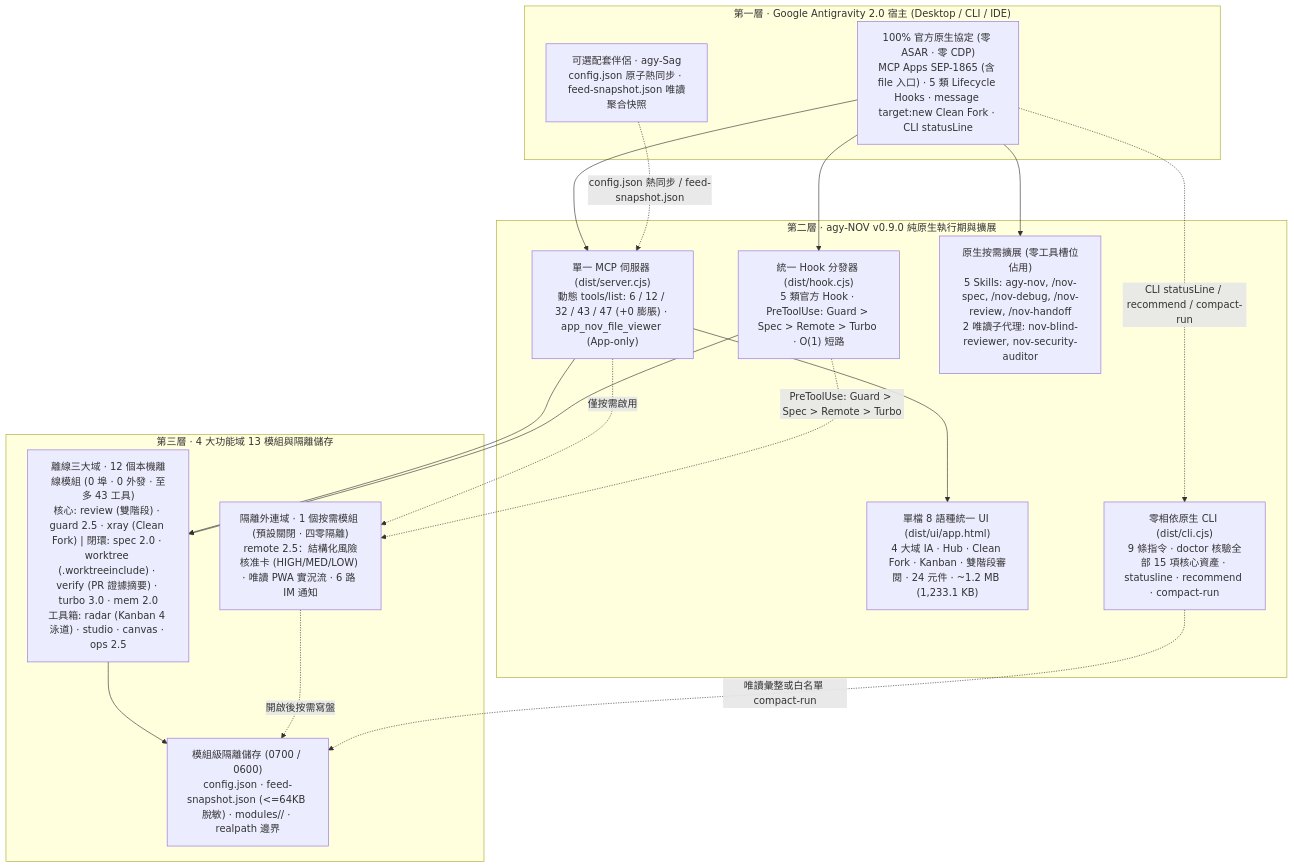
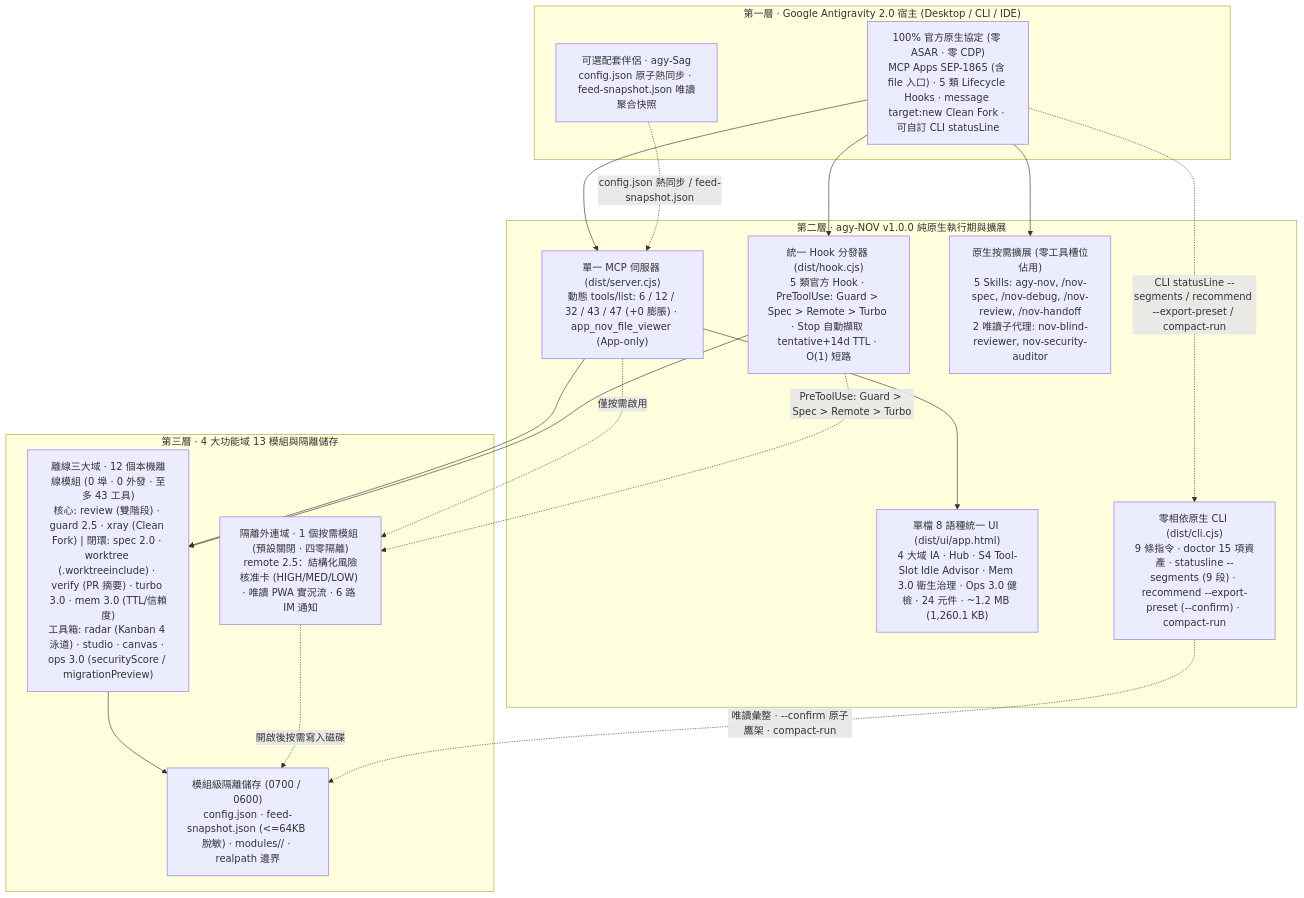
The diagram in docs/i18n/README.zh-TW.md (tone-leh/agy-NOV), drawn with Mermaid before and after one commit. The commit also changed other lines of this file and 42 other files, not shown here.

Commit message:
release: v1.0.0 — Ops 3.0 static security audit & cross-client dedup preview, Mem 3.0 confidence/TTL hygiene, customizable 9-segment CLI statusLine & --export-preset scaffold

````diff
--- a/docs/i18n/README.zh-TW.md
+++ b/docs/i18n/README.zh-TW.md
@@ -231,35 +235,35 @@
 ```mermaid
 flowchart TB
   subgraph L1["第一層 · Google Antigravity 2.0 宿主 (Desktop / CLI / IDE)"]
-    Host["100% 官方原生協定 (零 ASAR · 零 CDP)\nMCP Apps SEP-1865 (含 file 入口) · 5 類 Lifecycle Hooks · message target:new Clean Fork · CLI statusLine"]
+    Host["100% 官方原生協定 (零 ASAR · 零 CDP)\nMCP Apps SEP-1865 (含 file 入口) · 5 類 Lifecycle Hooks · message target:new Clean Fork · 可自訂 CLI statusLine"]
     Sag["可選配套伴侶 · agy-Sag\nconfig.json 原子熱同步 · feed-snapshot.json 唯讀聚合快照"]
   end
 
-  subgraph L2["第二層 · agy-NOV v0.9.0 純原生執行期與擴展"]
+  subgraph L2["第二層 · agy-NOV v1.0.0 純原生執行期與擴展"]
     MCP["單一 MCP 伺服器 (dist/server.cjs)\n動態 tools/list: 6 / 12 / 32 / 43 / 47 (+0 膨脹) · app_nov_file_viewer (App-only)"]
-    Hook["統一 Hook 分發器 (dist/hook.cjs)\n5 類官方 Hook · PreToolUse: Guard > Spec > Remote > Turbo · O(1) 短路"]
-    UI["單檔 8 語種統一 UI (dist/ui/app.html)\n4 大域 IA · Hub · Clean Fork · Kanban · 雙階段審閱 · 24 元件 · ~1.2 MB (1,233.1 KB)"]
+    Hook["統一 Hook 分發器 (dist/hook.cjs)\n5 類官方 Hook · PreToolUse: Guard > Spec > Remote > Turbo · Stop 自動擷取 tentative+14d TTL · O(1) 短路"]
+    UI["單檔 8 語種統一 UI (dist/ui/app.html)\n4 大域 IA · Hub · S4 Tool-Slot Idle Advisor · Mem 3.0 衛生治理 · Ops 3.0 健檢 · 24 元件 · ~1.2 MB (1,260.1 KB)"]
     Ext["原生按需擴展 (零工具槽位佔用)\n5 Skills: agy-nov, /nov-spec, /nov-debug, /nov-review, /nov-handoff\n2 唯讀子代理: nov-blind-reviewer, nov-security-auditor"]
-    CLI["零相依原生 CLI (dist/cli.cjs)\n9 條指令 · doctor 核驗全部 15 項核心資產 · statusline · recommend · compact-run"]
+    CLI["零相依原生 CLI (dist/cli.cjs)\n9 條指令 · doctor 15 項資產 · statusline --segments (9 段) · recommend --export-preset (--confirm) · compact-run"]
   end
 
   subgraph L3["第三層 · 4 大功能域 13 模組與隔離儲存"]
-    T1["離線三大域 · 12 個本機離線模組 (0 埠 · 0 外發 · 至多 43 工具)\n核心: review (雙階段) · guard 2.5 · xray (Clean Fork) | 閉環: spec 2.0 · worktree (.worktreeinclude) · verify (PR 證據摘要) · turbo 3.0 · mem 2.0\n工具箱: radar (Kanban 4 泳道) · studio · canvas · ops 2.5"]
+    T1["離線三大域 · 12 個本機離線模組 (0 埠 · 0 外發 · 至多 43 工具)\n核心: review (雙階段) · guard 2.5 · xray (Clean Fork) | 閉環: spec 2.0 · worktree (.worktreeinclude) · verify (PR 摘要) · turbo 3.0 · mem 3.0 (TTL/信賴度)\n工具箱: radar (Kanban 4 泳道) · studio · canvas · ops 3.0 (securityScore / migrationPreview)"]
     T2R["隔離外連域 · 1 個按需模組 (預設關閉 · 四零隔離)\nremote 2.5：結構化風險核准卡 (HIGH/MED/LOW) · 唯讀 PWA 實況流 · 6 路 IM 通知"]
     Store["模組級隔離儲存 (0700 / 0600)\nconfig.json · feed-snapshot.json (<=64KB 脫敏) · modules/<id>/ · realpath 邊界"]
   end
 
   Host --> MCP
   Host --> Hook
   Host --> Ext
-  Host -. "CLI statusLine / recommend / compact-run" .-> CLI
+  Host -. "CLI statusLine --segments / recommend --export-preset / compact-run" .-> CLI
   Sag -. "config.json 熱同步 / feed-snapshot.json" .-> MCP
   MCP --> UI
   MCP --> T1
   MCP -. "僅按需啟用" .-> T2R
   Hook --> T1
   Hook -. "PreToolUse: Guard > Spec > Remote > Turbo" .-> T2R
   T1 --> Store
-  T2R -. "開啟後按需寫盤" .-> Store
-  CLI -. "唯讀彙整或白名單 compact-run" .-> Store
+  T2R -. "開啟後按需寫入磁碟" .-> Store
+  CLI -. "唯讀彙整 · --confirm 原子鷹架 · compact-run" .-> Store
 ```
````
